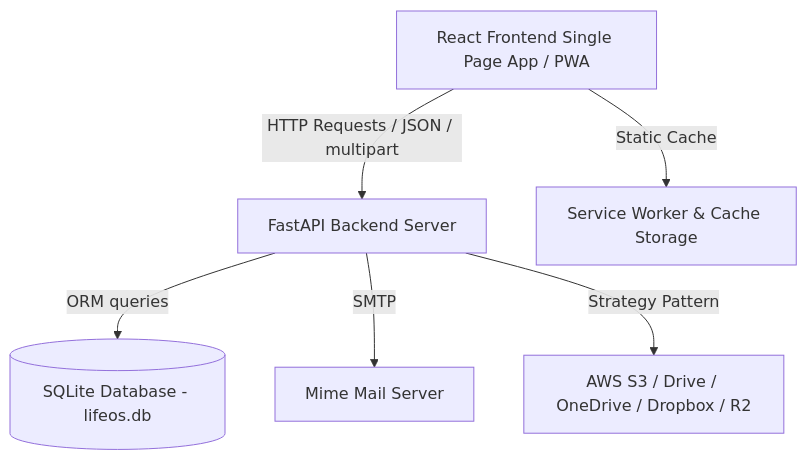
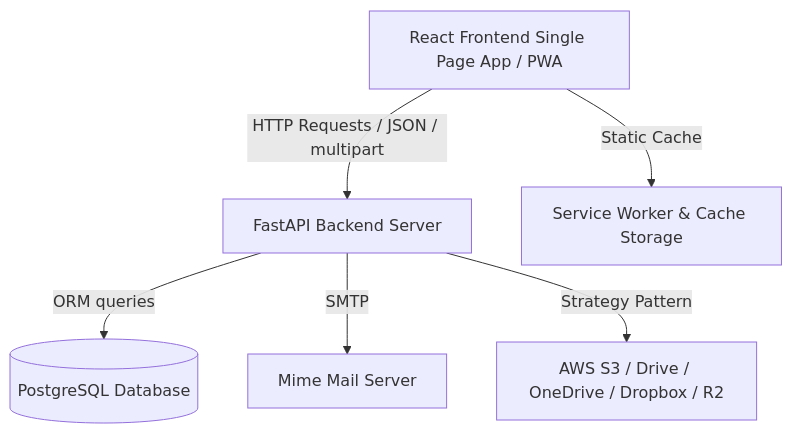
Before and after one commit to Bhanureddy-05/atlas-one: the first of 2 diagrams in README.md, drawn with Mermaid. The commit also changed other lines of this file and 8 other files, not shown here.

Commit message:
Fix psycopg v3 PostgreSQL configuration

````diff
--- a/README.md
+++ b/README.md
@@ -50,8 +50,8 @@
 ```mermaid
 graph TD
     Client[React Frontend Single Page App / PWA] -->|HTTP Requests / JSON / multipart| API[FastAPI Backend Server]
     Client -->|Static Cache| SW[Service Worker & Cache Storage]
-    API -->|ORM queries| SQLite[(SQLite Database - lifeos.db)]
+    API -->|ORM queries| DB[(PostgreSQL Database)]
     API -->|SMTP| MailServer[Mime Mail Server]
     API -->|Strategy Pattern| CloudBackup[AWS S3 / Drive / OneDrive / Dropbox / R2]
 ```
````
